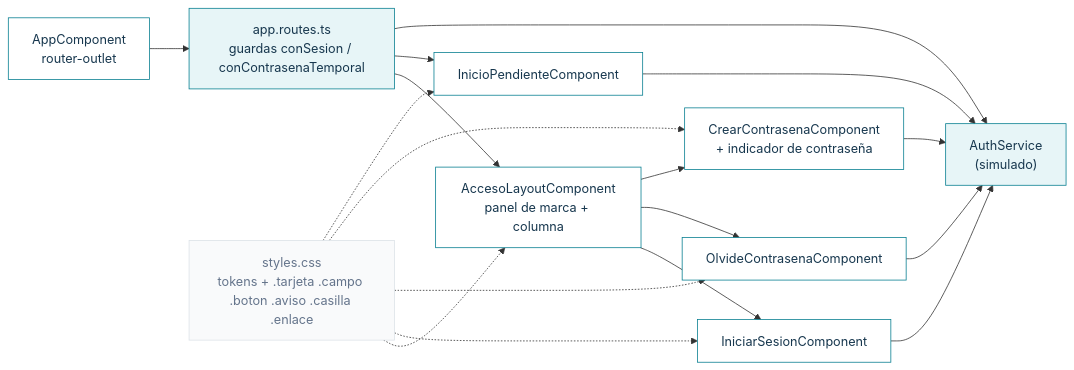
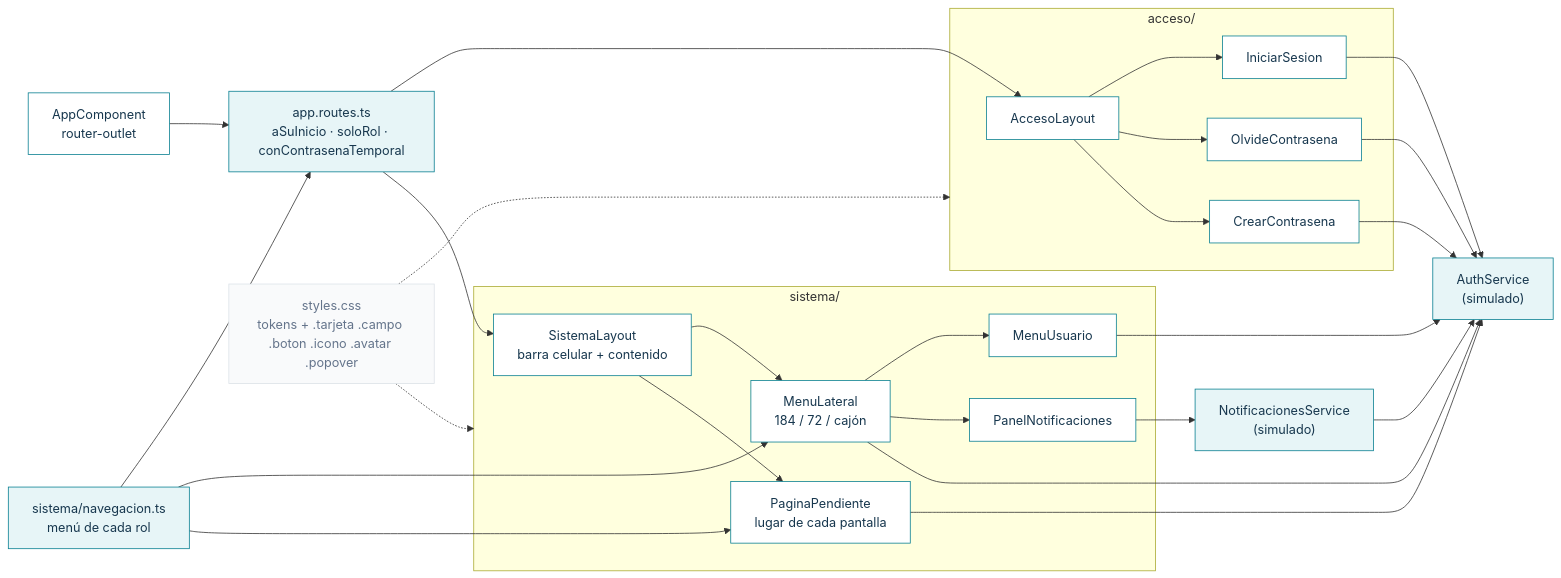
The third of 3 diagrams in frontend/BITACORA.md (dianaaochoa/SHURI-Sistema-Gestion), drawn with Mermaid before and after one commit. The commit also changed other lines of this file, not shown here.

Commit message:
docs(frontend): bitácora y grafos con la estructura del menú lateral

````diff
--- a/frontend/BITACORA.md
+++ b/frontend/BITACORA.md
@@ -89,23 +96,38 @@
 ```mermaid
 flowchart LR
   classDef comp fill:#ffffff,stroke:#087f91,color:#17374e
   classDef serv fill:#e7f5f7,stroke:#087f91,color:#17374e
   classDef css fill:#f9fafb,stroke:#dce2e8,color:#64748b
 
   APP["AppComponent<br/>router-outlet"]:::comp
-  LAY["AccesoLayoutComponent<br/>panel de marca + columna"]:::comp
-  IS["IniciarSesionComponent"]:::comp
-  OC["OlvideContrasenaComponent"]:::comp
-  CC["CrearContrasenaComponent<br/>+ indicador de contraseña"]:::comp
-  IP["InicioPendienteComponent"]:::comp
+  RUT["app.routes.ts<br/>aSuInicio · soloRol · conContrasenaTemporal"]:::serv
+  NAV["sistema/navegacion.ts<br/>menú de cada rol"]:::serv
+
+  subgraph ACCESO["acceso/"]
+    LAY["AccesoLayout"]:::comp
+    IS["IniciarSesion"]:::comp
+    OC["OlvideContrasena"]:::comp
+    CC["CrearContrasena"]:::comp
+  end
+
+  subgraph SISTEMA["sistema/"]
+    SL["SistemaLayout<br/>barra celular + contenido"]:::comp
+    ML["MenuLateral<br/>184 / 72 / cajón"]:::comp
+    MU["MenuUsuario"]:::comp
+    PN["PanelNotificaciones"]:::comp
+    PP["PaginaPendiente<br/>lugar de cada pantalla"]:::comp
+  end
+
   AUTH["AuthService<br/>(simulado)"]:::serv
-  RUT["app.routes.ts<br/>guardas conSesion / conContrasenaTemporal"]:::serv
-  GLB["styles.css<br/>tokens + .tarjeta .campo .boton .aviso .casilla .enlace"]:::css
+  NOTS["NotificacionesService<br/>(simulado)"]:::serv
+  GLB["styles.css<br/>tokens + .tarjeta .campo .boton .icono .avatar .popover"]:::css
 
   APP --> RUT
   RUT --> LAY --> IS & OC & CC
-  RUT --> IP
-  IS & OC & CC & IP --> AUTH
-  RUT --> AUTH
-  GLB -.-> LAY & IS & OC & CC & IP
+  RUT --> SL --> ML --> MU & PN
+  SL --> PP
+  NAV --> RUT & ML & PP
+  IS & OC & CC & ML & MU & PP --> AUTH
+  PN --> NOTS --> AUTH
+  GLB -.-> ACCESO & SISTEMA
 ```
````
